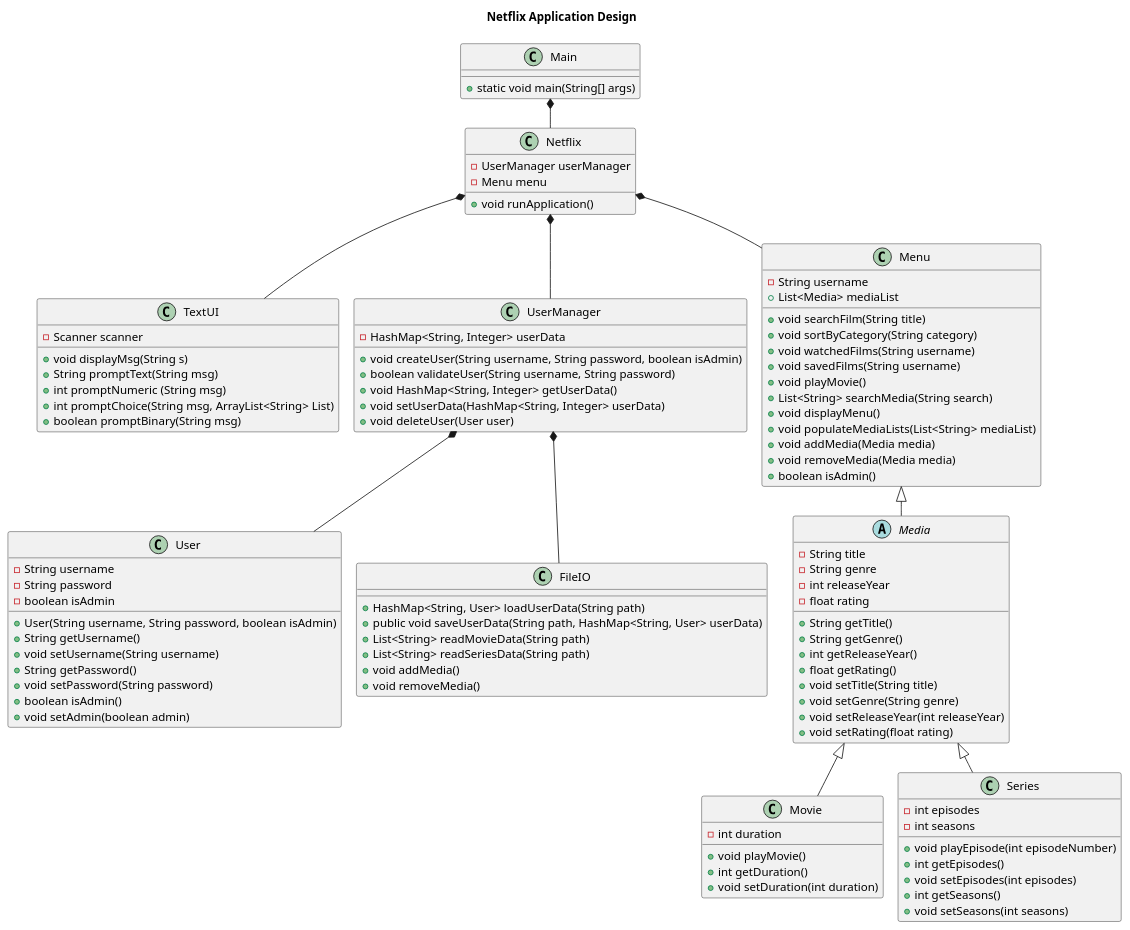
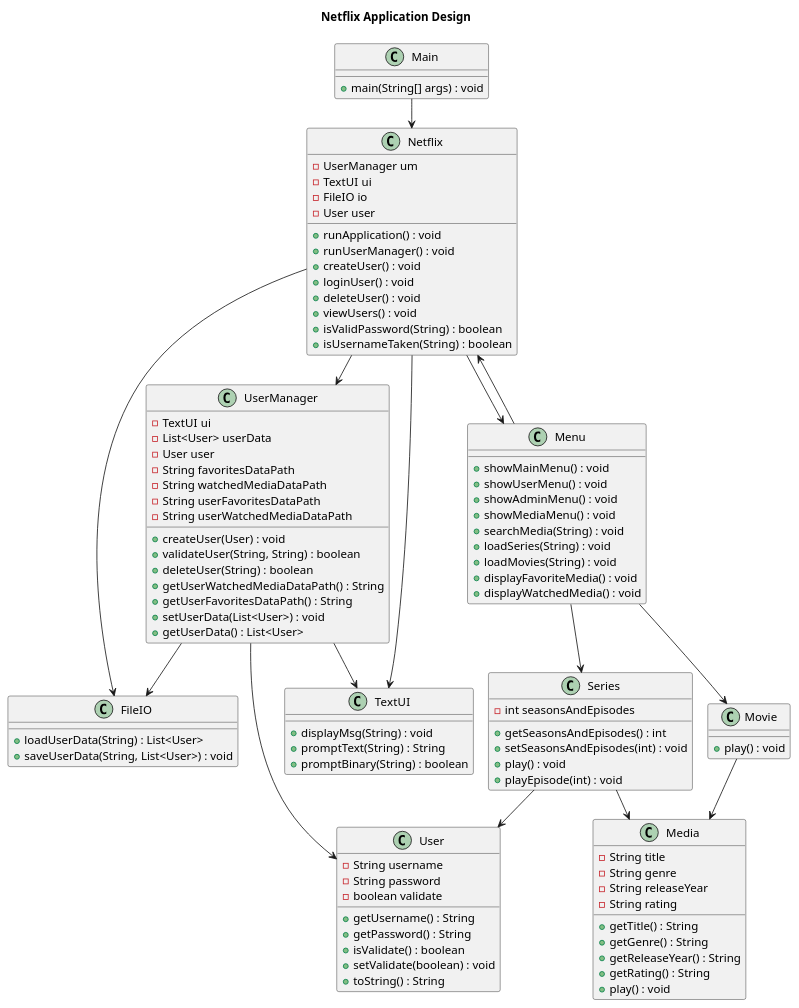
The diagram in doc/classDiagram/classDiagram.puml (MarcusPFF/SP3-StreamingServiceProject), drawn with PlantUML before and after one commit. The commit also changed 8 other files, not shown here.

```diff
--- a/doc/classDiagram/classDiagram.puml
+++ b/doc/classDiagram/classDiagram.puml
@@ -1,118 +1,114 @@
 @startuml
 !pragma layout smetana
 title Netflix Application Design
 
 class Main {
-    + static void main(String[] args)
-
+  +main(String[] args) : void
 }
 
-Main *-- Netflix
-
 class Netflix {
-    - UserManager userManager
-    - Menu menu
-    + void runApplication()
+  -UserManager um
+  -TextUI ui
+  -FileIO io
+  -User user
+  +runApplication() : void
+  +runUserManager() : void
+  +createUser() : void
+  +loginUser() : void
+  +deleteUser() : void
+  +viewUsers() : void
+  +isValidPassword(String) : boolean
+  +isUsernameTaken(String) : boolean
 }
 
-Netflix *-- TextUI
+class UserManager {
+  -TextUI ui
+  -List<User> userData
+  -User user
+  -String favoritesDataPath
+  -String watchedMediaDataPath
+  -String userFavoritesDataPath
+  -String userWatchedMediaDataPath
+  +createUser(User) : void
+  +validateUser(String, String) : boolean
+  +deleteUser(String) : boolean
+  +getUserWatchedMediaDataPath() : String
+  +getUserFavoritesDataPath() : String
+  +setUserData(List<User>) : void
+  +getUserData() : List<User>
+}
+
+class User {
+  -String username
+  -String password
+  -boolean validate
+  +getUsername() : String
+  +getPassword() : String
+  +isValidate() : boolean
+  +setValidate(boolean) : void
+  +toString() : String
+}
+
+class Media {
+  -String title
+  -String genre
+  -String releaseYear
+  -String rating
+  +getTitle() : String
+  +getGenre() : String
+  +getReleaseYear() : String
+  +getRating() : String
+  +play() : void
+}
+
+class Movie {
+  +play() : void
+}
+
+class Series {
+  -int seasonsAndEpisodes
+  +getSeasonsAndEpisodes() : int
+  +setSeasonsAndEpisodes(int) : void
+  +play() : void
+  +playEpisode(int) : void
+}
+
+class FileIO {
+  +loadUserData(String) : List<User>
+  +saveUserData(String, List<User>) : void
+}
 
 class TextUI {
-- Scanner scanner
-
-+ void displayMsg(String s)
-+ String promptText(String msg)
-+ int promptNumeric (String msg)
-+ int promptChoice(String msg, ArrayList<String> List)
-+ boolean promptBinary(String msg)
-
-}
-Netflix *-- UserManager
-Netflix *-- Menu
-
-class UserManager {
-    - HashMap<String, Integer> userData
-    + void createUser(String username, String password, boolean isAdmin)
-    + boolean validateUser(String username, String password)
-    + void HashMap<String, Integer> getUserData()
-    + void setUserData(HashMap<String, Integer> userData)
-    + void deleteUser(User user)
-
+  +displayMsg(String) : void
+  +promptText(String) : String
+  +promptBinary(String) : boolean
 }
 
-UserManager *-- User
-
-class User {
-    - String username
-    - String password
-    - boolean isAdmin
-    + User(String username, String password, boolean isAdmin)
-    + String getUsername()
-    + void setUsername(String username)
-    + String getPassword()
-    + void setPassword(String password)
-    + boolean isAdmin()
-    + void setAdmin(boolean admin)
+class Menu {
+  +showMainMenu() : void
+  +showUserMenu() : void
+  +showAdminMenu() : void
+  +showMediaMenu() : void
+  +searchMedia(String) : void
+  +loadSeries(String) : void
+  +loadMovies(String) : void
+  +displayFavoriteMedia() : void
+  +displayWatchedMedia() : void
 }
 
-UserManager *-- FileIO
-
-class FileIO {
-    + HashMap<String, User> loadUserData(String path)
-    + public void saveUserData(String path, HashMap<String, User> userData)
-    + List<String> readMovieData(String path)
-    + List<String> readSeriesData(String path)
-    + void addMedia()
-    + void removeMedia()
-
-}
-
-class Menu{
-    - String username
-    + List<Media> mediaList
-    + void searchFilm(String title)
-    + void sortByCategory(String category)
-    + void watchedFilms(String username)
-    + void savedFilms(String username)
-    + void playMovie()
-    + List<String> searchMedia(String search)
-    + void displayMenu()
-    + void populateMediaLists(List<String> mediaList)
-    + void addMedia(Media media)
-    + void removeMedia(Media media)
-    + boolean isAdmin()
-}
-
-abstract class Media extends Menu {
-    - String title
-    - String genre
-    - int releaseYear
-    - float rating
-    + String getTitle()
-    + String getGenre()
-    + int getReleaseYear()
-    + float getRating()
-    + void setTitle(String title)
-    + void setGenre(String genre)
-    + void setReleaseYear(int releaseYear)
-    + void setRating(float rating)
-}
-
-class Movie extends Media {
-    - int duration
-    + void playMovie()
-    + int getDuration()
-    + void setDuration(int duration)
-}
-
-class Series extends Media{
-    - int episodes
-    - int seasons
-    + void playEpisode(int episodeNumber)
-    + int getEpisodes()
-    + void setEpisodes(int episodes)
-    + int getSeasons()
-    + void setSeasons(int seasons)
-}
+Main -down-> Netflix
+Netflix -down-> UserManager
+Netflix -down-> FileIO
+Netflix -down-> TextUI
+Netflix -down-> Menu
+UserManager -down-> User
+UserManager -down-> FileIO
+UserManager -down-> TextUI
+Movie -down-> Media
+Series -down-> Media
+Series -down-> User
+Menu -down-> Netflix
+Menu -down-> Series
+Menu -down-> Movie
 
 @enduml
```
